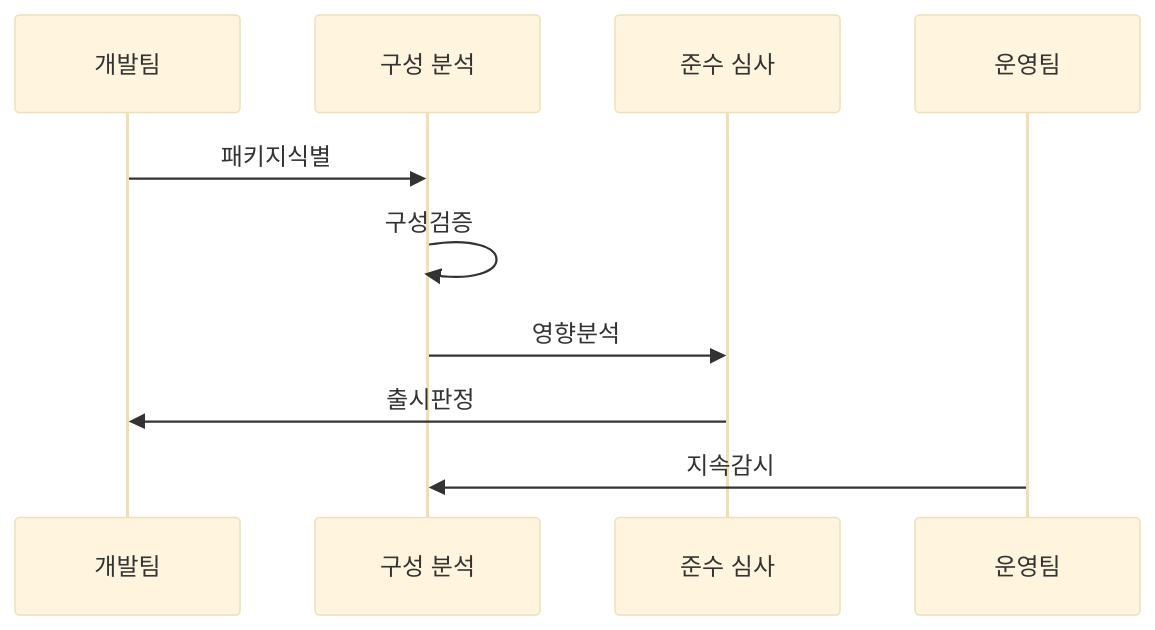
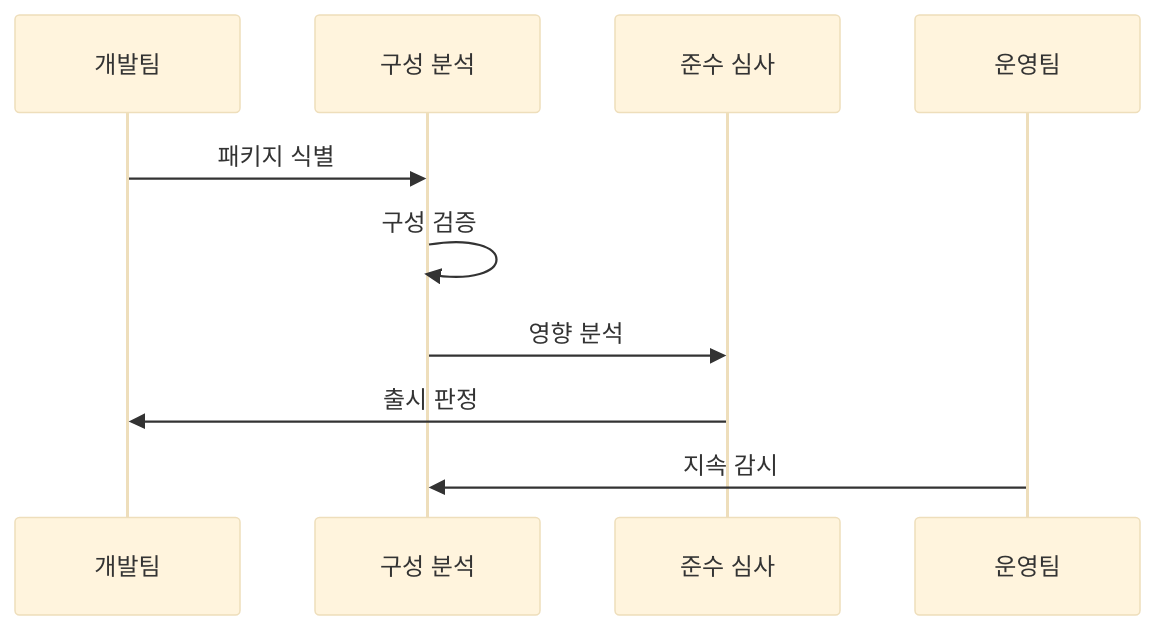
One commit to agnusdei1207/knowledge-base changed the second of 2 diagrams in src/content/docs/notes/07-law-policy/041_open_source_compliance_sbom.md. Above: the diagram before and after it, drawn with Mermaid (base theme). The commit also changed other lines of this file and 7 other files, not shown here.

````diff
--- a/src/content/docs/notes/07-law-policy/041_open_source_compliance_sbom.md
+++ b/src/content/docs/notes/07-law-policy/041_open_source_compliance_sbom.md
@@ -77,12 +77,12 @@
 ```mermaid
 sequenceDiagram
     participant D as 개발팀
     participant S as 구성 분석
     participant R as 준수 심사
     participant O as 운영팀
-    D->>S: 패키지식별
-    S->>S: 구성검증
-    S->>R: 영향분석
-    R->>D: 출시판정
-    O->>S: 지속감시
+    D->>S: 패키지 식별
+    S->>S: 구성 검증
+    S->>R: 영향 분석
+    R->>D: 출시 판정
+    O->>S: 지속 감시
 ```
````
